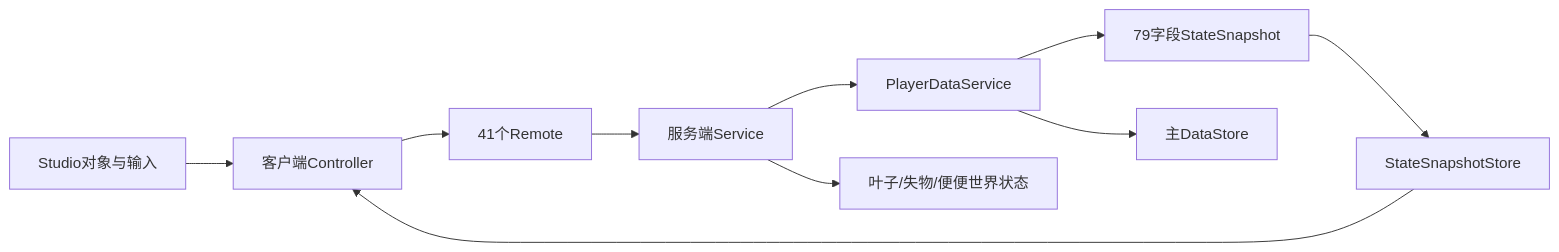
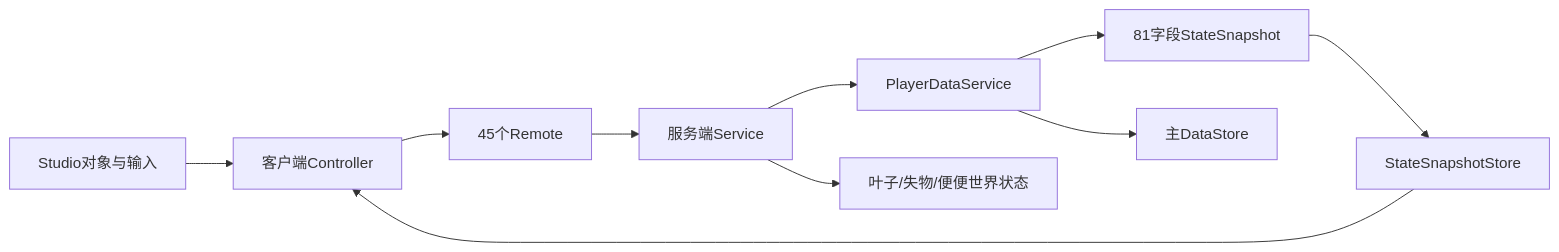
One commit to kang159xiu/Clean_the_floor changed the diagram in docs/CODE_HEALTH_AUDIT.md. Above: the diagram before and after it, drawn with Mermaid. The commit also changed other lines of this file and 78 other files, not shown here.

````diff
--- a/docs/CODE_HEALTH_AUDIT.md
+++ b/docs/CODE_HEALTH_AUDIT.md
@@ -15,12 +15,12 @@
 ```mermaid
 flowchart LR
     Studio["Studio对象与输入"] --> Client["客户端Controller"]
-    Client --> Remotes["41个Remote"]
+    Client --> Remotes["45个Remote"]
     Remotes --> Services["服务端Service"]
     Services --> PlayerData["PlayerDataService"]
     Services --> World["叶子/失物/便便世界状态"]
-    PlayerData --> Snapshot["79字段StateSnapshot"]
+    PlayerData --> Snapshot["81字段StateSnapshot"]
     Snapshot --> Store["StateSnapshotStore"]
     Store --> Client
     PlayerData --> DataStore["主DataStore"]
 ```
````
